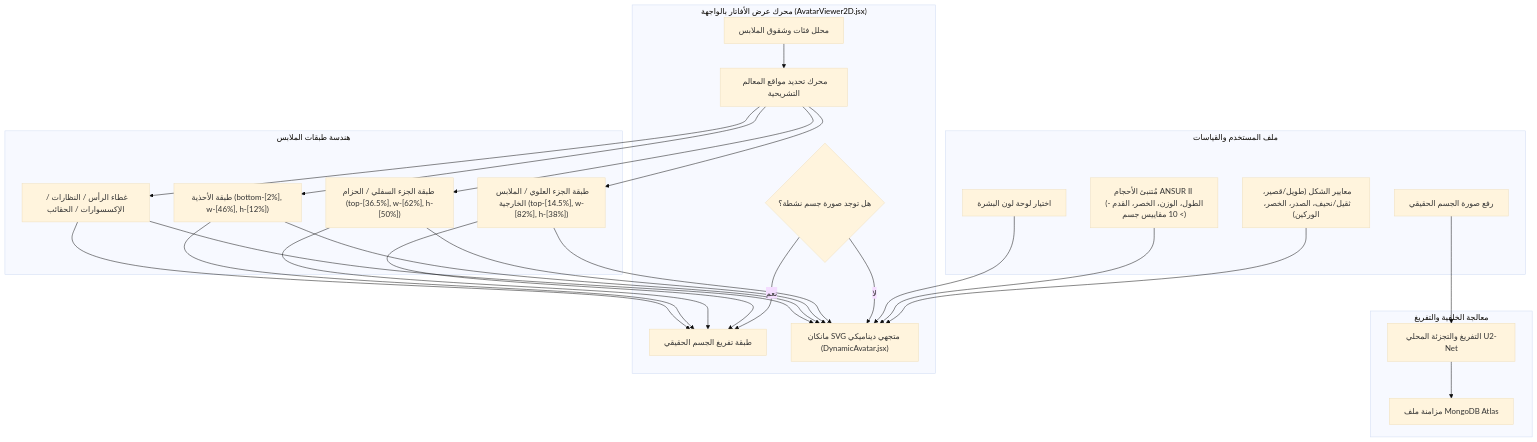
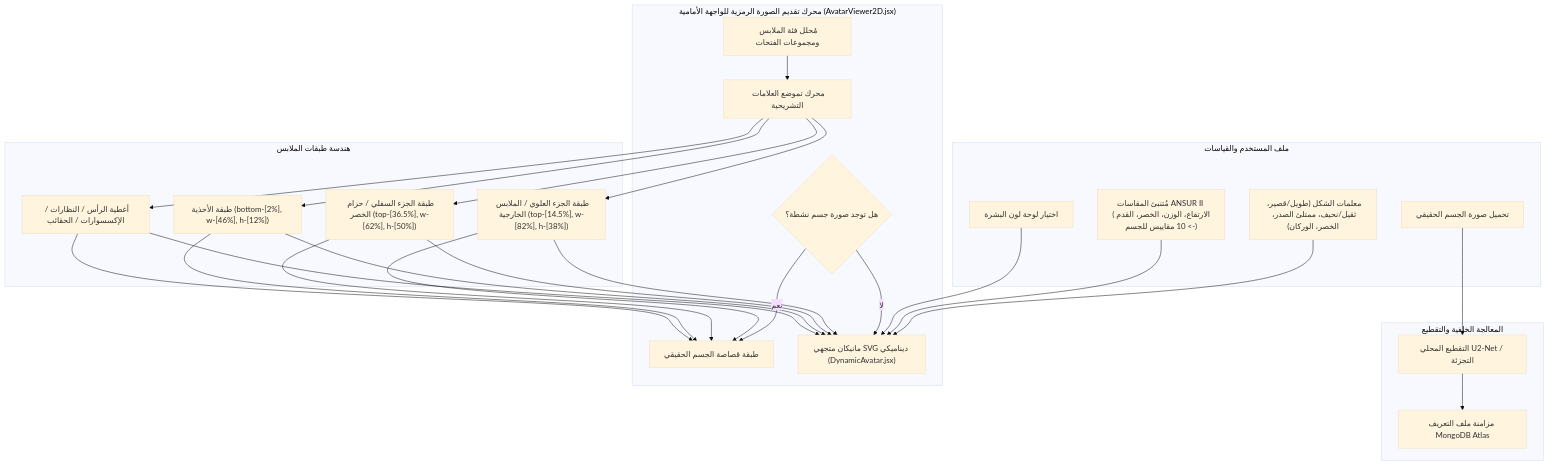
The diagram in wiki/ar/Avatar.md (Yoram-Jacobs/DressAppV1), drawn with Mermaid (base theme) before and after one commit. The commit also changed other lines of this file and 11 other files, not shown here.

Commit message:
docs(i18n): translate Avatar.md architecture guide across all 12 supported languages

````diff
--- a/wiki/ar/Avatar.md
+++ b/wiki/ar/Avatar.md
@@ -17,41 +17,41 @@
 ```mermaid
 flowchart TD
     subgraph UserProfile["ملف المستخدم والقياسات"]
-        U_Photo["رفع صورة الجسم الحقيقي"]
+        U_Photo["تحميل صورة الجسم الحقيقي"]
         U_Tone["اختيار لوحة لون البشرة"]
-        U_Params["معايير الشكل (طويل/قصير، ثقيل/نحيف، الصدر، الخصر، الوركين)"]
-        U_Sizing["مُتنبئ الأحجام ANSUR II (الطول، الوزن، الخصر، القدم -> 10 مقاييس جسم)"]
+        U_Params["معلمات الشكل (طويل/قصير، ثقيل/نحيف، ممتلئ الصدر، الخصر، الوركان)"]
+        U_Sizing["مُتنبئ المقاسات ANSUR II (الارتفاع، الوزن، الخصر، القدم -> 10 مقاييس للجسم)"]
     end
 
-    subgraph BackendIngest["معالجة الخلفية والتفريغ"]
-        Rembg["التفريغ والتجزئة المحلي U2-Net"]
-        Mongo["مزامنة ملف MongoDB Atlas"]
+    subgraph BackendIngest["المعالجة الخلفية والتقطيع"]
+        Rembg["التقطيع المحلي U2-Net / التجزئة"]
+        Mongo["مزامنة ملف التعريف MongoDB Atlas"]
     end
 
-    subgraph AvatarEngine["محرك عرض الأفاتار بالواجهة (AvatarViewer2D.jsx)"]
+    subgraph AvatarEngine["محرك تقديم الصورة الرمزية للواجهة الأمامية (AvatarViewer2D.jsx)"]
         ModeCheck{"هل توجد صورة جسم نشطة؟"}
-        PhotoView["طبقة تفريغ الجسم الحقيقي"]
-        MannequinView["مانكان SVG متجهي ديناميكي (DynamicAvatar.jsx)"]
+        PhotoView["طبقة قصاصة الجسم الحقيقي"]
+        MannequinView["مانيكان متجهي SVG ديناميكي (DynamicAvatar.jsx)"]
         
-        GarmentResolver["محلل فئات وشقوق الملابس"]
-        LandmarkCalc["محرك تحديد مواقع المعالم التشريحية"]
+        GarmentResolver["مُحلل فئة الملابس ومجموعات الفتحات"]
+        LandmarkCalc["محرك تموضع العلامات التشريحية"]
     end
 
     subgraph OverlayGeometry["هندسة طبقات الملابس"]
         TopLayer["طبقة الجزء العلوي / الملابس الخارجية (top-[14.5%], w-[82%], h-[38%])"]
-        BottomLayer["طبقة الجزء السفلي / الحزام (top-[36.5%], w-[62%], h-[50%])"]
+        BottomLayer["طبقة الجزء السفلي / حزام الخصر (top-[36.5%], w-[62%], h-[50%])"]
         ShoesLayer["طبقة الأحذية (bottom-[2%], w-[46%], h-[12%])"]
-        AccessoryLayers["غطاء الرأس / النظارات / الإكسسوارات / الحقائب"]
+        AccessoryLayers["أغطية الرأس / النظارات / الإكسسوارات / الحقائب"]
     end
 
     U_Photo --> Rembg --> Mongo
     U_Params & U_Sizing --> MannequinView
     U_Tone --> MannequinView
     
     ModeCheck -- نعم --> PhotoView
     ModeCheck -- لا --> MannequinView
 
     GarmentResolver --> LandmarkCalc
     LandmarkCalc --> TopLayer & BottomLayer & ShoesLayer & AccessoryLayers
     TopLayer & BottomLayer & ShoesLayer & AccessoryLayers --> PhotoView & MannequinView
 ```
````
